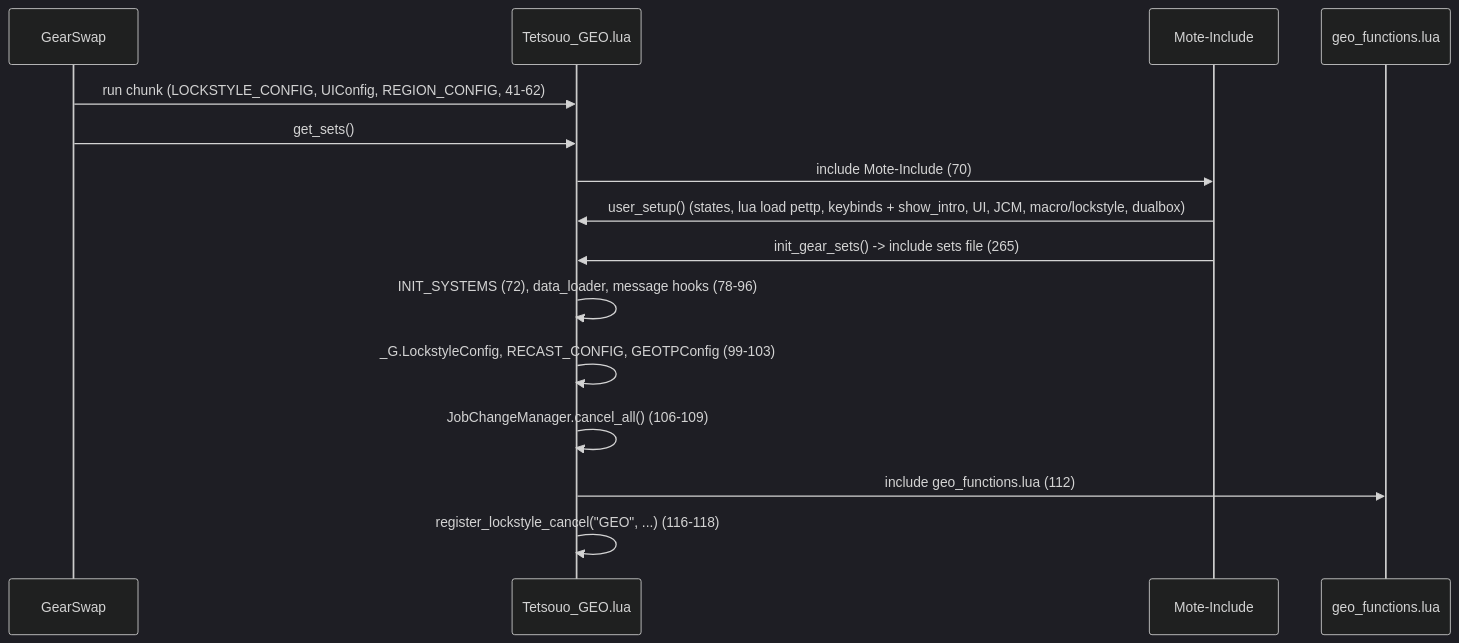
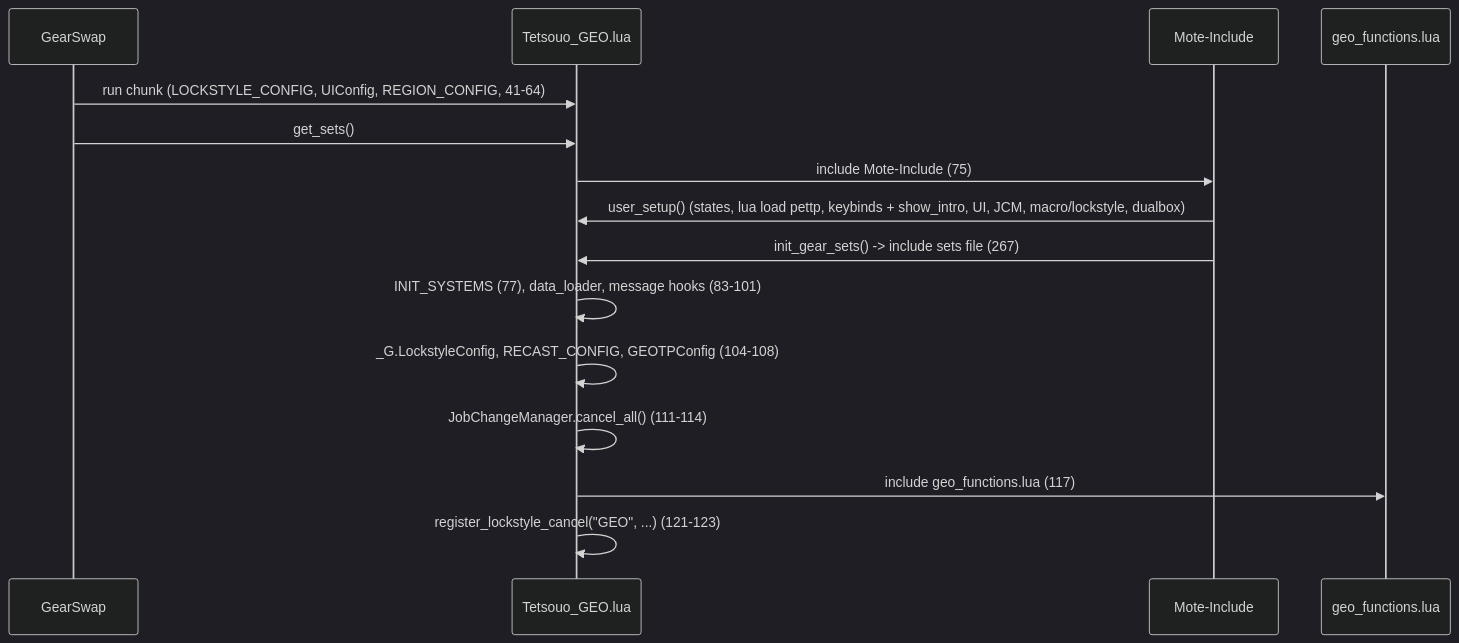
Before and after one commit to ejouanchicot/Gearswap: the first of 2 diagrams in docs/dev/jobs/geo.md, drawn with Mermaid (dark theme). The commit also changed other lines of this file and 81 other files, not shown here.

````diff
--- a/docs/dev/jobs/geo.md
+++ b/docs/dev/jobs/geo.md
@@ -77,17 +80,17 @@
 ```mermaid
 sequenceDiagram
     participant GS as GearSwap
     participant E as Tetsouo_GEO.lua
     participant M as Mote-Include
     participant F as geo_functions.lua
-    GS->>E: run chunk (LOCKSTYLE_CONFIG, UIConfig, REGION_CONFIG, 41-62)
+    GS->>E: run chunk (LOCKSTYLE_CONFIG, UIConfig, REGION_CONFIG, 41-64)
     GS->>E: get_sets()
-    E->>M: include Mote-Include (70)
+    E->>M: include Mote-Include (75)
     M->>E: user_setup() (states, lua load pettp, keybinds + show_intro, UI, JCM, macro/lockstyle, dualbox)
-    M->>E: init_gear_sets() -> include sets file (265)
-    E->>E: INIT_SYSTEMS (72), data_loader, message hooks (78-96)
-    E->>E: _G.LockstyleConfig, RECAST_CONFIG, GEOTPConfig (99-103)
-    E->>E: JobChangeManager.cancel_all() (106-109)
-    E->>F: include geo_functions.lua (112)
-    E->>E: register_lockstyle_cancel("GEO", ...) (116-118)
+    M->>E: init_gear_sets() -> include sets file (267)
+    E->>E: INIT_SYSTEMS (77), data_loader, message hooks (83-101)
+    E->>E: _G.LockstyleConfig, RECAST_CONFIG, GEOTPConfig (104-108)
+    E->>E: JobChangeManager.cancel_all() (111-114)
+    E->>F: include geo_functions.lua (117)
+    E->>E: register_lockstyle_cancel("GEO", ...) (121-123)
 ```
````
